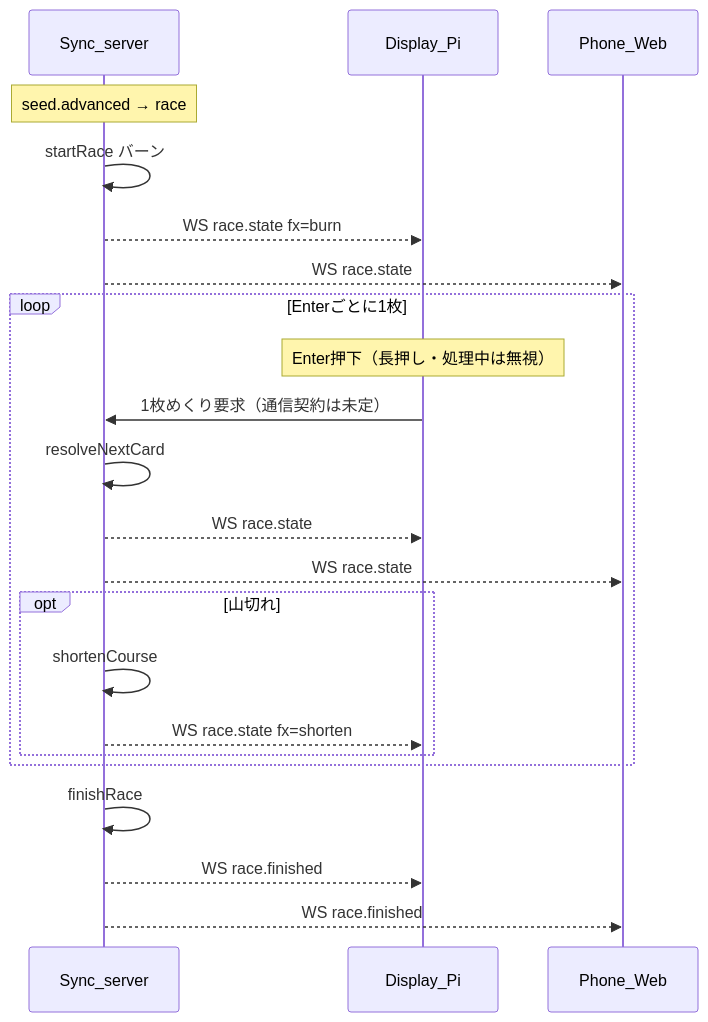
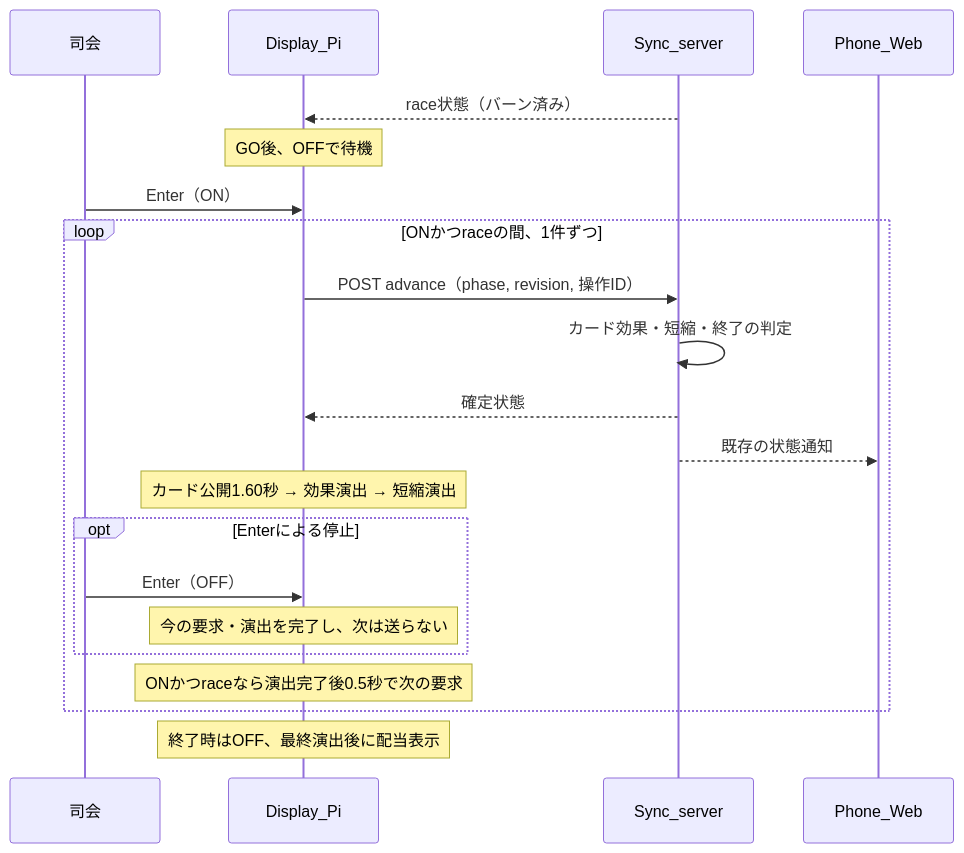
Before and after one commit to nittohbs-dev/HotStreak: the diagram in docs/design/hotstreak/features/race/flows.md, drawn with Mermaid. The commit also changed other lines of this file and 10 other files, not shown here.

````diff
--- a/docs/design/hotstreak/features/race/flows.md
+++ b/docs/design/hotstreak/features/race/flows.md
@@ -5,25 +5,23 @@
 ```mermaid
 sequenceDiagram
+  participant Host as 司会
+  participant Display as Display_Pi
   participant Sync as Sync_server
-  participant Display as Display_Pi
   participant Phone as Phone_Web
-
-  Note over Sync: seed.advanced → race
-  Sync->>Sync: startRace バーン
-  Sync-->>Display: WS race.state fx=burn
-  Sync-->>Phone: WS race.state
-  loop Enterごとに1枚
-    Note over Display: Enter押下（長押し・処理中は無視）
-    Display->>Sync: 1枚めくり要求（通信契約は未定）
-    Sync->>Sync: resolveNextCard
-    Sync-->>Display: WS race.state
-    Sync-->>Phone: WS race.state
-    opt 山切れ
-      Sync->>Sync: shortenCourse
-      Sync-->>Display: WS race.state fx=shorten
+  Sync-->>Display: race状態（バーン済み）
+  Note over Display: GO後、OFFで待機
+  Host->>Display: Enter（ON）
+  loop ONかつraceの間、1件ずつ
+    Display->>Sync: POST advance（phase, revision, 操作ID）
+    Sync->>Sync: カード効果・短縮・終了の判定
+    Sync-->>Display: 確定状態
+    Sync-->>Phone: 既存の状態通知
+    Note over Display: カード公開1.60秒 → 効果演出 → 短縮演出
+    opt Enterによる停止
+      Host->>Display: Enter（OFF）
+      Note over Display: 今の要求・演出を完了し、次は送らない
     end
+    Note over Display: ONかつraceなら演出完了後0.5秒で次の要求
   end
-  Sync->>Sync: finishRace
-  Sync-->>Display: WS race.finished
-  Sync-->>Phone: WS race.finished
+  Note over Display: 終了時はOFF、最終演出後に配当表示
 ```
````
